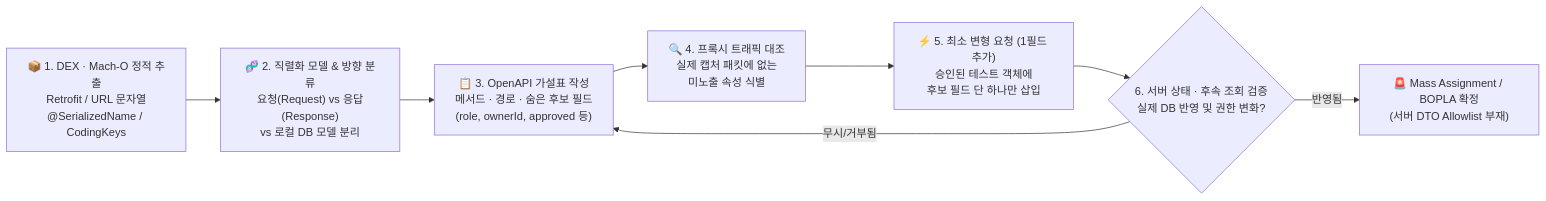
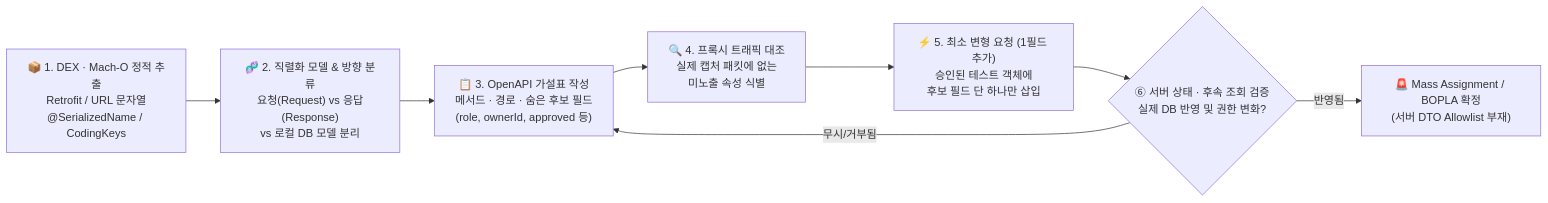
One commit to gooyong-sec/gooyong-sec.github.io changed the diagram in content/모바일취약점/모바일 취약점 진단 — 앱 바이너리에서 API 계약 추출하기.md. Above: the diagram before and after it, drawn with Mermaid. The commit also changed 28 other files, not shown here.

First line of the commit message:
fix: eliminate remaining mermaid markdown-list misparse across all diagrams

````diff
--- a/content/모바일취약점/모바일 취약점 진단 — 앱 바이너리에서 API 계약 추출하기.md
+++ b/content/모바일취약점/모바일 취약점 진단 — 앱 바이너리에서 API 계약 추출하기.md
@@ -18,10 +18,10 @@
 ```mermaid
 flowchart LR
     A["📦 1. DEX · Mach-O 정적 추출<br/>Retrofit / URL 문자열<br/>@SerializedName / CodingKeys"] --> B["🧬 2. 직렬화 모델 & 방향 분류<br/>요청(Request) vs 응답(Response)<br/>vs 로컬 DB 모델 분리"]
     B --> C["📋 3. OpenAPI 가설표 작성<br/>메서드 · 경로 · 숨은 후보 필드<br/>(role, ownerId, approved 등)"]
     C --> D["🔍 4. 프록시 트래픽 대조<br/>실제 캡처 패킷에 없는<br/>미노출 속성 식별"]
     D --> E["⚡ 5. 최소 변형 요청 (1필드 추가)<br/>승인된 테스트 객체에<br/>후보 필드 단 하나만 삽입"]
-    E --> F{"6. 서버 상태 · 후속 조회 검증<br/>실제 DB 반영 및 권한 변화?"}
+    E --> F{"⑥ 서버 상태 · 후속 조회 검증<br/>실제 DB 반영 및 권한 변화?"}
     F -->|"반영됨"| Vuln["🚨 Mass Assignment / BOPLA 확정<br/>(서버 DTO Allowlist 부재)"]
     F -->|"무시/거부됨"| C
 ```
````
